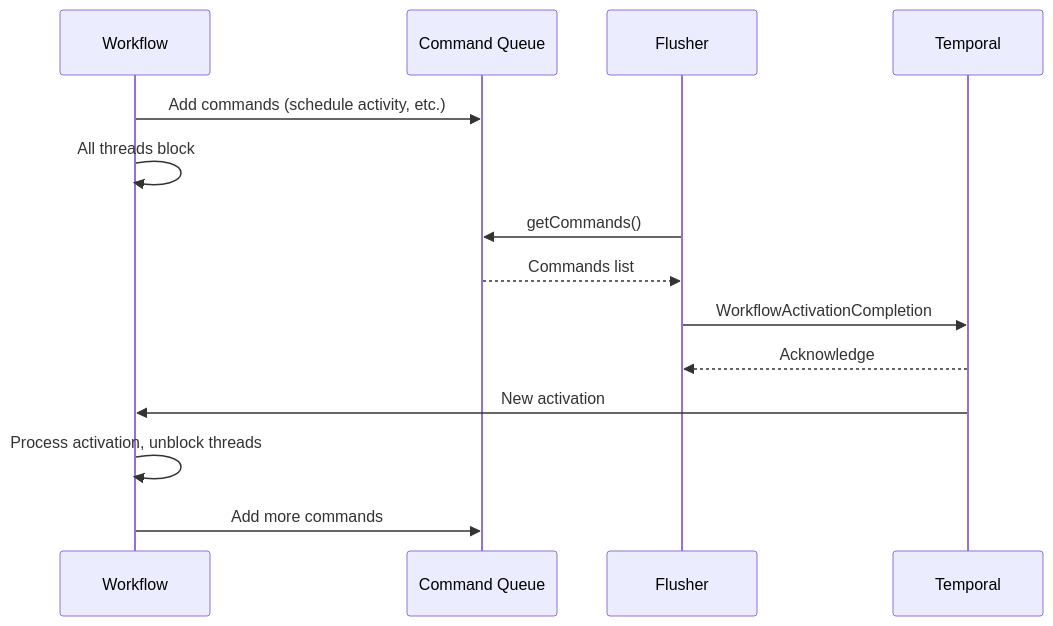
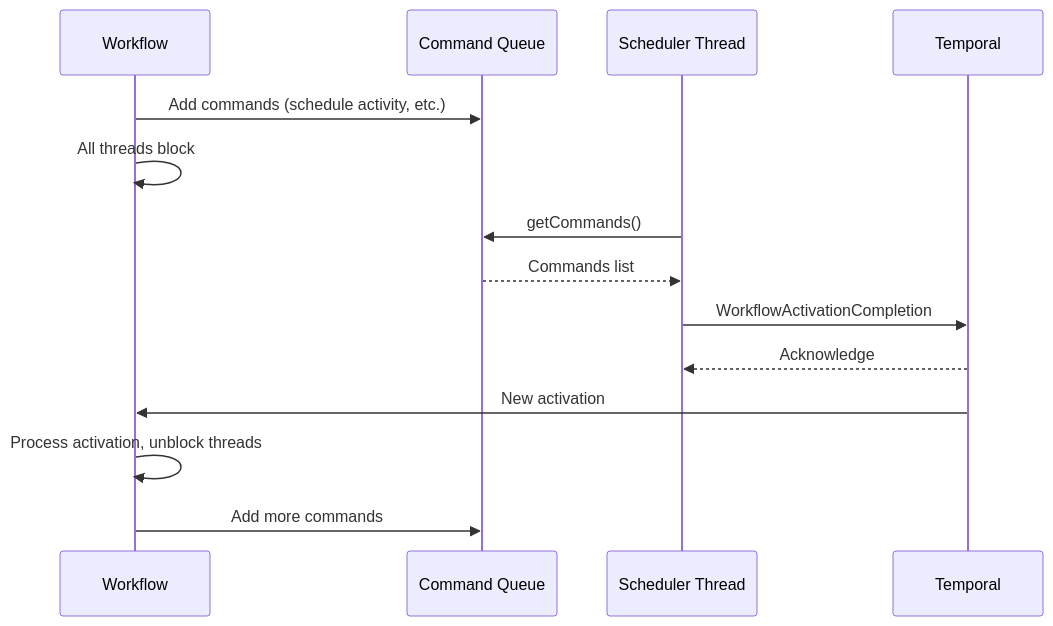
The second of 4 diagrams in docs/command-queue.md (MercuryTechnologies/hs-temporal-sdk), drawn with Mermaid before and after one commit. The commit also changed other lines of this file and 12 other files, not shown here.

````diff
--- a/docs/command-queue.md
+++ b/docs/command-queue.md
@@ -100,17 +101,17 @@
 ```mermaid
 sequenceDiagram
     participant W as Workflow
     participant Q as Command Queue
-    participant F as Flusher
+    participant S as Scheduler Thread
     participant T as Temporal
 
     W->>Q: Add commands (schedule activity, etc.)
     W->>W: All threads block
-    F->>Q: getCommands()
-    Q-->>F: Commands list
-    F->>T: WorkflowActivationCompletion
-    T-->>F: Acknowledge
+    S->>Q: getCommands()
+    Q-->>S: Commands list
+    S->>T: WorkflowActivationCompletion
+    T-->>S: Acknowledge
     T->>W: New activation
     W->>W: Process activation, unblock threads
     W->>Q: Add more commands
 ```
````
